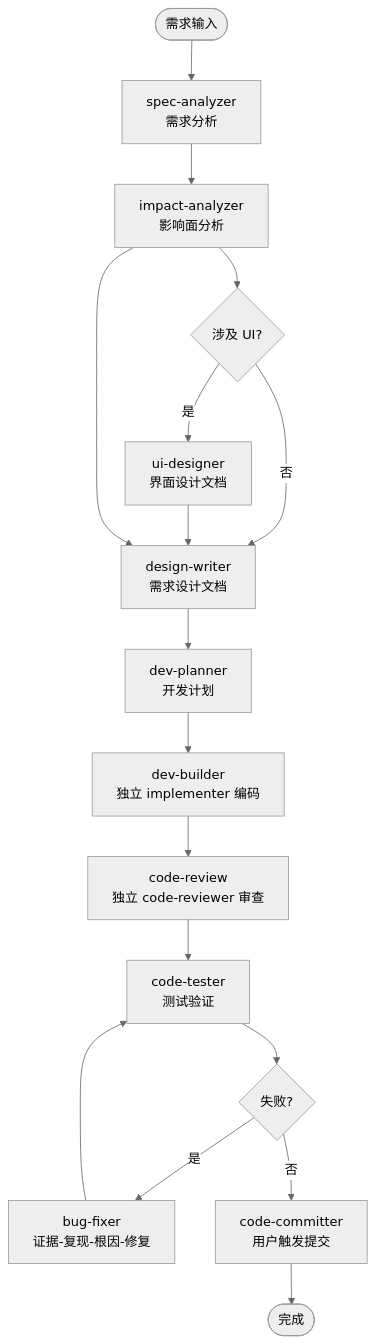
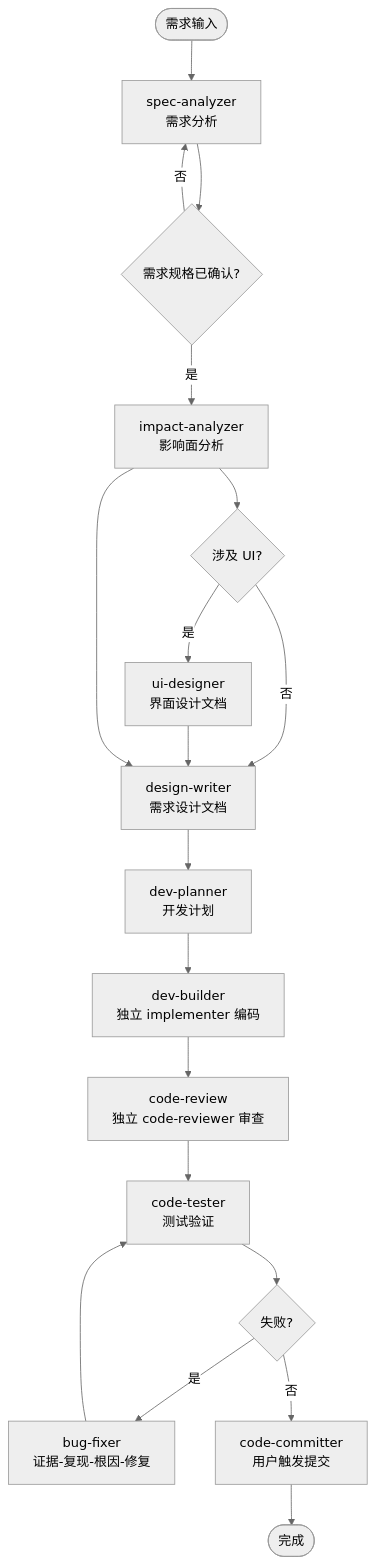
One commit to Herxinsasa/DevFlow changed the diagram in README.md. Above: the diagram before and after it, drawn with Mermaid (neutral theme). The commit also changed other lines of this file and 18 other files, not shown here.

````diff
--- a/README.md
+++ b/README.md
@@ -50,19 +50,21 @@
 ```mermaid
 flowchart TB
     START(["需求输入"]) --> SPEC["spec-analyzer<br/>需求分析"]
-    SPEC --> IMPACT["impact-analyzer<br/>影响面分析"]
+    SPEC --> CONFIRM{"需求规格已确认?"}
+    CONFIRM -->|"否"| SPEC
+    CONFIRM -->|"是"| IMPACT["impact-analyzer<br/>影响面分析"]
     IMPACT --> UI{"涉及 UI?"}
     UI -->|"是"| UID["ui-designer<br/>界面设计文档"]
     UI -->|"否"| DESIGN
     UID --> DESIGN["design-writer<br/>需求设计文档"]
     IMPACT --> DESIGN
     DESIGN --> PLAN["dev-planner<br/>开发计划"]
     PLAN --> BUILD["dev-builder<br/>独立 implementer 编码"]
     BUILD --> REVIEW["code-review<br/>独立 code-reviewer 审查"]
     REVIEW --> TEST["code-tester<br/>测试验证"]
     TEST --> BUG{"失败?"}
     BUG -->|"是"| FIX["bug-fixer<br/>证据-复现-根因-修复"]
     FIX --> TEST
     BUG -->|"否"| COMMIT["code-committer<br/>用户触发提交"]
     COMMIT --> DONE(["完成"])
 ```
````
